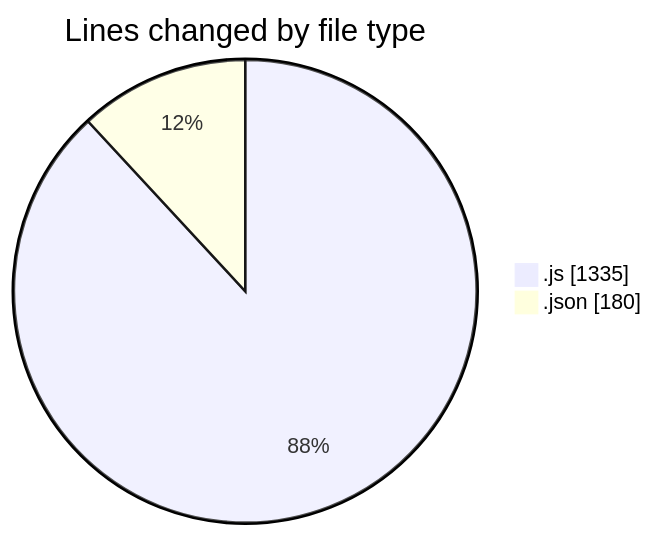
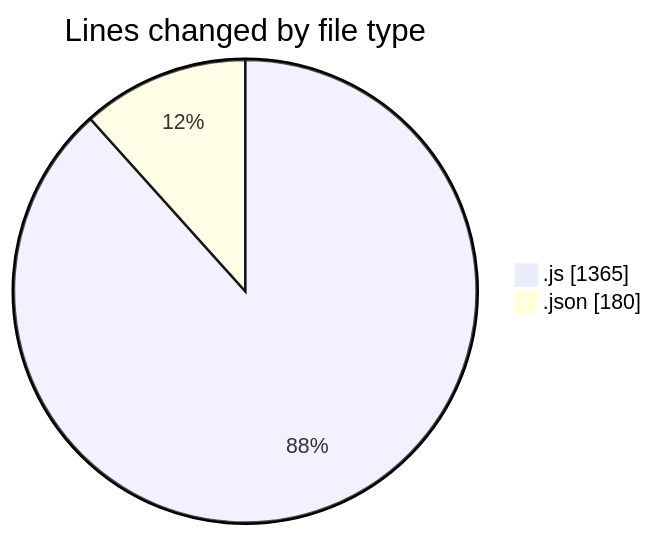
One commit to Ritupan-Deka/code-tracking changed the first of 2 diagrams in 2025-08-03/javascript/README.md. Above: the diagram before and after it, drawn with Mermaid. The commit also changed other lines of this file and 1 other file, not shown here.

````diff
--- a/2025-08-03/javascript/README.md
+++ b/2025-08-03/javascript/README.md
@@ -22,6 +22,6 @@
 ```mermaid
 pie showData
 title Lines changed by file type
-".js" : 1335
+".js" : 1365
 ".json" : 180
 ```
````
